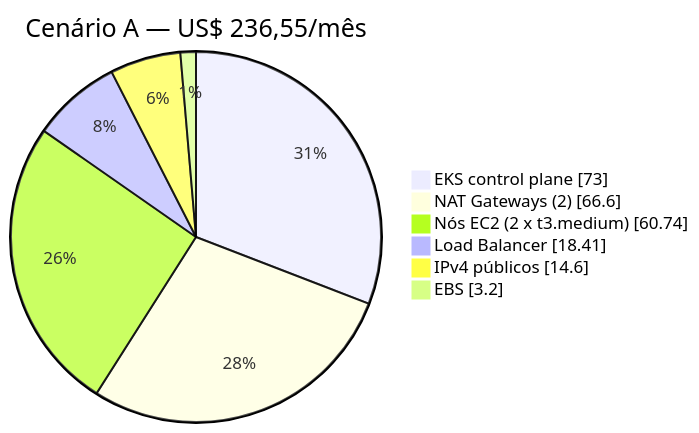
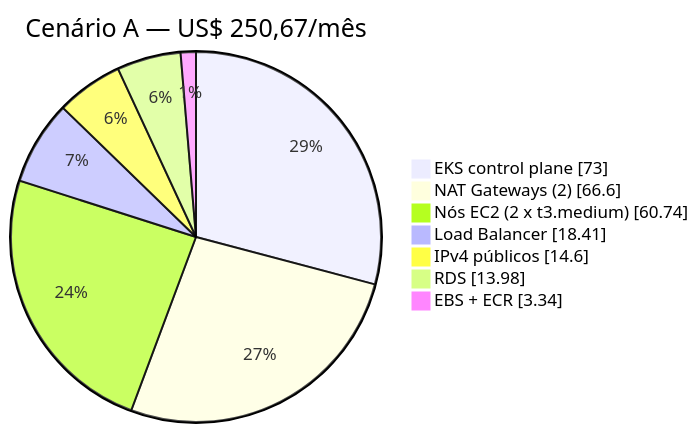
One commit to EuMiguelll/Projeto-PMA changed the first of 2 diagrams in docs/projeto/custos.md. Above: the diagram before and after it, drawn with Mermaid. The commit also changed other lines of this file and 23 other files, not shown here.

First line of the commit message:
Deploy real no EKS: ECR, RDS, evidências, teste de carga e custos

````diff
--- a/docs/projeto/custos.md
+++ b/docs/projeto/custos.md
@@ -54,9 +54,10 @@
 ```mermaid
-pie showData title Cenário A — US$ 236,55/mês
+pie showData title Cenário A — US$ 250,67/mês
     "EKS control plane" : 73.00
     "NAT Gateways (2)" : 66.60
     "Nós EC2 (2 x t3.medium)" : 60.74
     "Load Balancer" : 18.41
     "IPv4 públicos" : 14.60
-    "EBS" : 3.20
+    "RDS" : 13.98
+    "EBS + ECR" : 3.34
 ```
````
